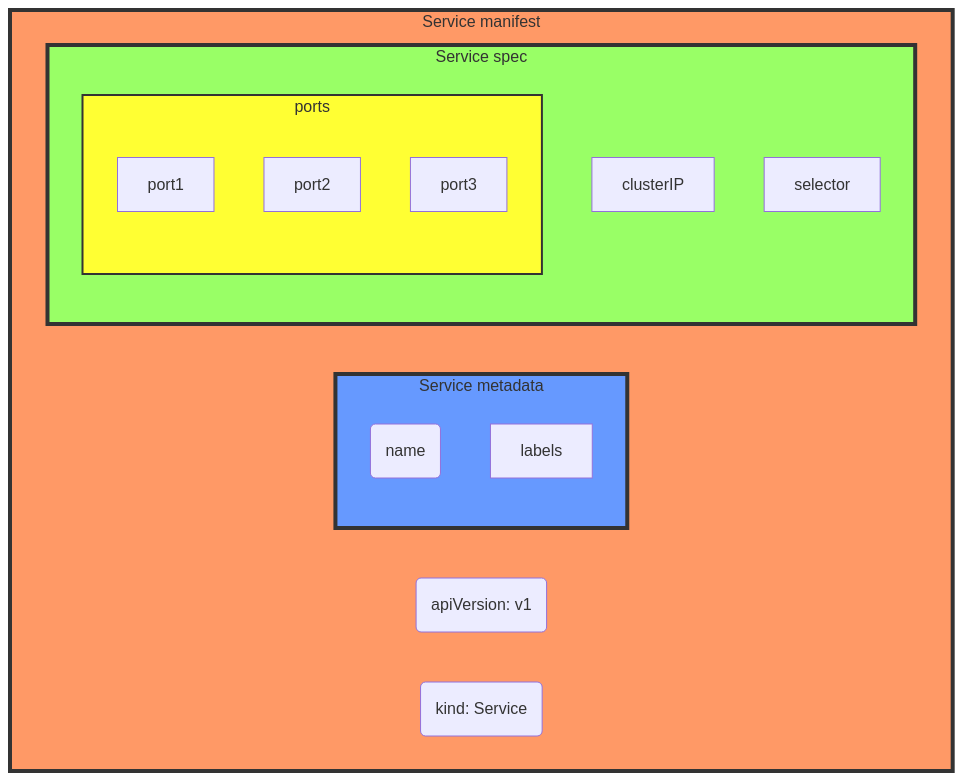
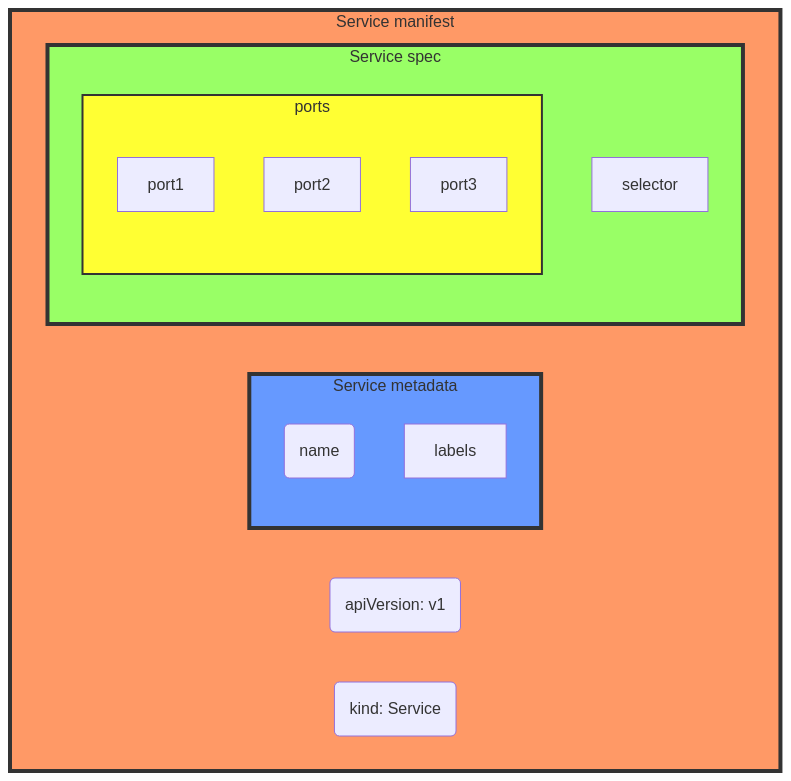
One commit to amcginlay/k8s-primer changed the second of 6 diagrams in content/023_set_up_a_service/_index.md. Above: the diagram before and after it, drawn with Mermaid. The commit also changed other lines of this file, not shown here.

```diff
--- a/content/023_set_up_a_service/_index.md
+++ b/content/023_set_up_a_service/_index.md
@@ -221,29 +106,28 @@
 {{< mermaid >}}
 graph TB
 subgraph Service-manifest[Service manifest]
   apiVersion(apiVersion: v1)
   kind(kind: Service)
   subgraph Service-metadata[Service metadata]
     name(name)
     serviceLabels[labels]
   end
   subgraph Service-spec[Service spec]
-    clusterIP
     selector
     subgraph ports
       port1
       port2
       port3
     end
   end
 end 
 
 classDef green fill:#9f6,stroke:#333,stroke-width:4px;
 classDef orange fill:#f96,stroke:#333,stroke-width:4px;
 classDef blue fill:#69f,stroke:#333,stroke-width:4px;
 classDef yellow fill:#ff3,stroke:#333,stroke-width:2px;
 class Service-manifest orange;
 class Service-metadata blue;
 class Service-spec green;
 class ports yellow;
 {{< /mermaid >}}
```
